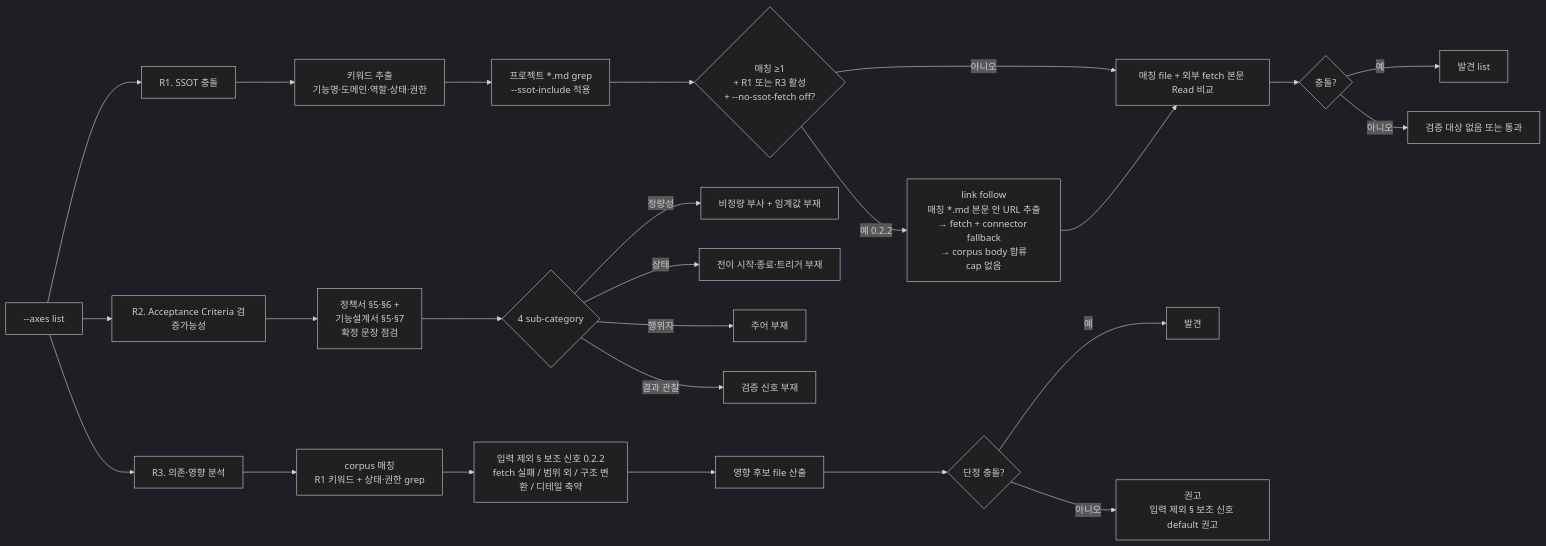
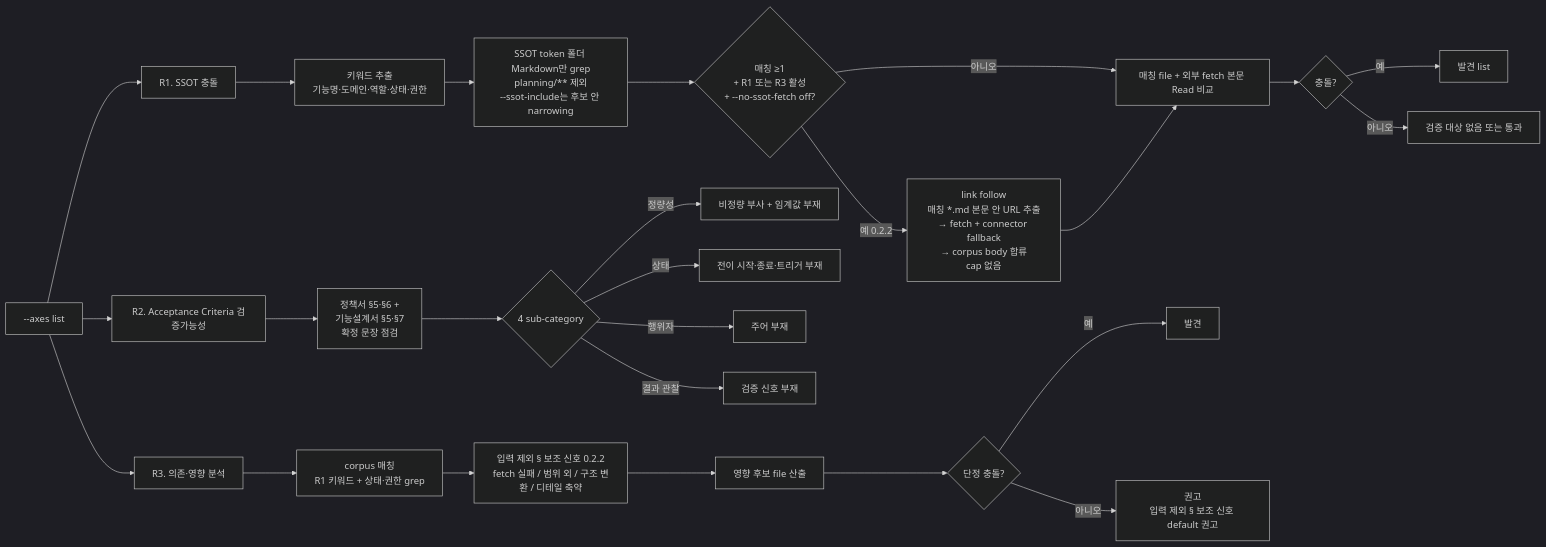
One commit to inkwonjung-colosseum/plugins changed the fourth of 8 diagrams in planning-kit/docs/planning-review-workflow.md. Above: the diagram before and after it, drawn with Mermaid (dark theme). The commit also changed other lines of this file and 24 other files, not shown here.

````diff
--- a/planning-kit/docs/planning-review-workflow.md
+++ b/planning-kit/docs/planning-review-workflow.md
@@ -119,30 +117,30 @@
 ```mermaid
 flowchart LR
   T[--axes list] --> R1[R1. SSOT 충돌]
   T --> R2[R2. Acceptance Criteria 검증가능성]
   T --> R3[R3. 의존·영향 분석]
 
   R1 --> R1A[키워드 추출<br/>기능명·도메인·역할·상태·권한]
-  R1A --> R1B[프로젝트 *.md grep<br/>--ssot-include 적용]
+  R1A --> R1B["SSOT token 폴더 Markdown만 grep<br/>planning/** 제외<br/>--ssot-include는 후보 안 narrowing"]
   R1B --> R1L{매칭 ≥1<br/>+ R1 또는 R3 활성<br/>+ --no-ssot-fetch off?}
   R1L -->|예 0.2.2| R1LF[link follow<br/>매칭 *.md 본문 안 URL 추출<br/>→ fetch + connector fallback<br/>→ corpus body 합류<br/>cap 없음]
   R1L -->|아니오| R1C
   R1LF --> R1C[매칭 file + 외부 fetch 본문 Read 비교]
   R1C --> R1D{충돌?}
   R1D -->|예| R1E[발견 list]
   R1D -->|아니오| R1F[검증 대상 없음 또는 통과]
 
   R2 --> R2A[정책서 §5·§6 +<br/>기능설계서 §5·§7<br/>확정 문장 점검]
   R2A --> R2B{4 sub-category}
   R2B -->|정량성| R2X[비정량 부사 + 임계값 부재]
   R2B -->|상태| R2Y[전이 시작·종료·트리거 부재]
   R2B -->|행위자| R2Z[주어 부재]
   R2B -->|결과 관찰| R2W[검증 신호 부재]
 
   R3 --> R3A[corpus 매칭<br/>R1 키워드 + 상태·권한 grep]
   R3A --> R3X[입력 제외 § 보조 신호 0.2.2<br/>fetch 실패 / 범위 외 / 구조 변환 / 디테일 축약]
   R3X --> R3B[영향 후보 file 산출]
   R3B --> R3C{단정 충돌?}
   R3C -->|예| R3D[발견]
   R3C -->|아니오| R3E[권고<br/>입력 제외 § 보조 신호 default 권고]
 ```
````
